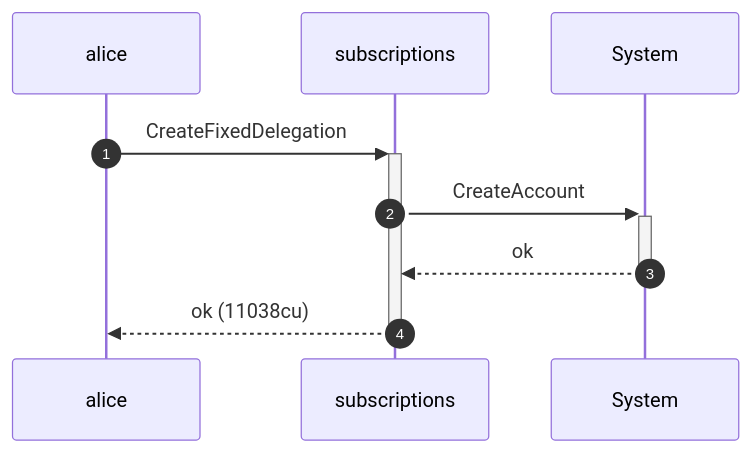
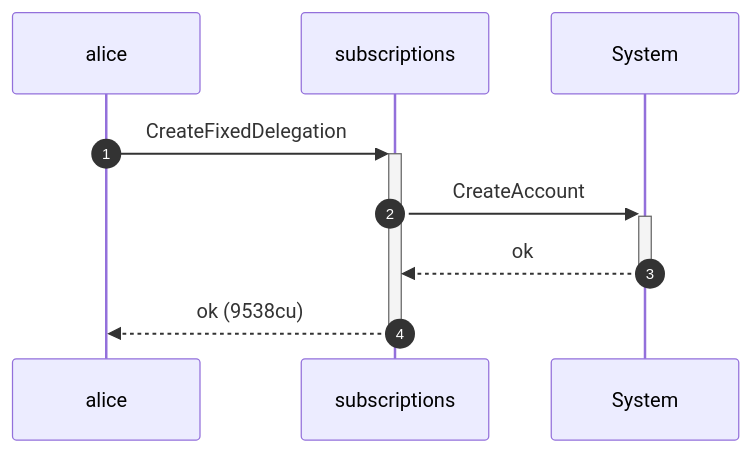
One commit to cds-rs/subscriptions changed the sixth of 12 diagrams in dsl_tests/fixed-transfer-after-expiry-is-refused.md. Above: the diagram before and after it, drawn with Mermaid. The commit also changed other lines of this file and 224 other files, not shown here.

````diff
--- a/dsl_tests/fixed-transfer-after-expiry-is-refused.md
+++ b/dsl_tests/fixed-transfer-after-expiry-is-refused.md
@@ -116,11 +122,11 @@
 ```mermaid
 sequenceDiagram
     autonumber
     participant alice
     participant subscriptions
     participant System
     alice ->>+ subscriptions: CreateFixedDelegation
     subscriptions ->>+ System: CreateAccount
     System -->>- subscriptions: ok
-    subscriptions -->>- alice: ok (11038cu)
+    subscriptions -->>- alice: ok (9538cu)
 ```
````
